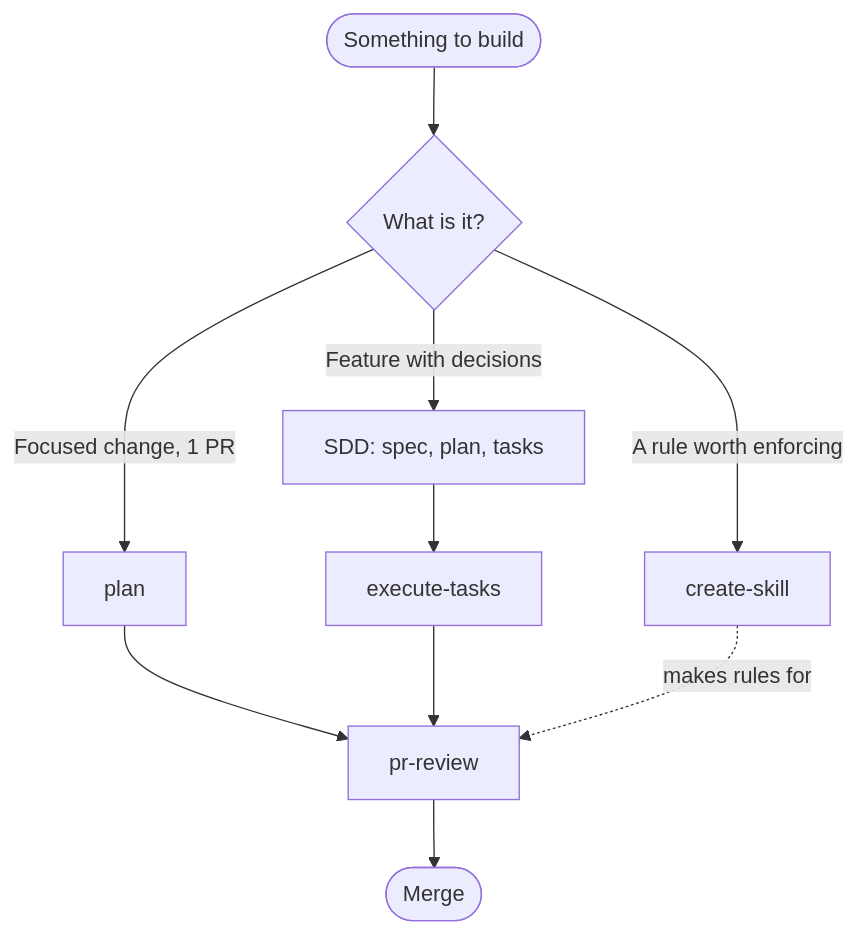
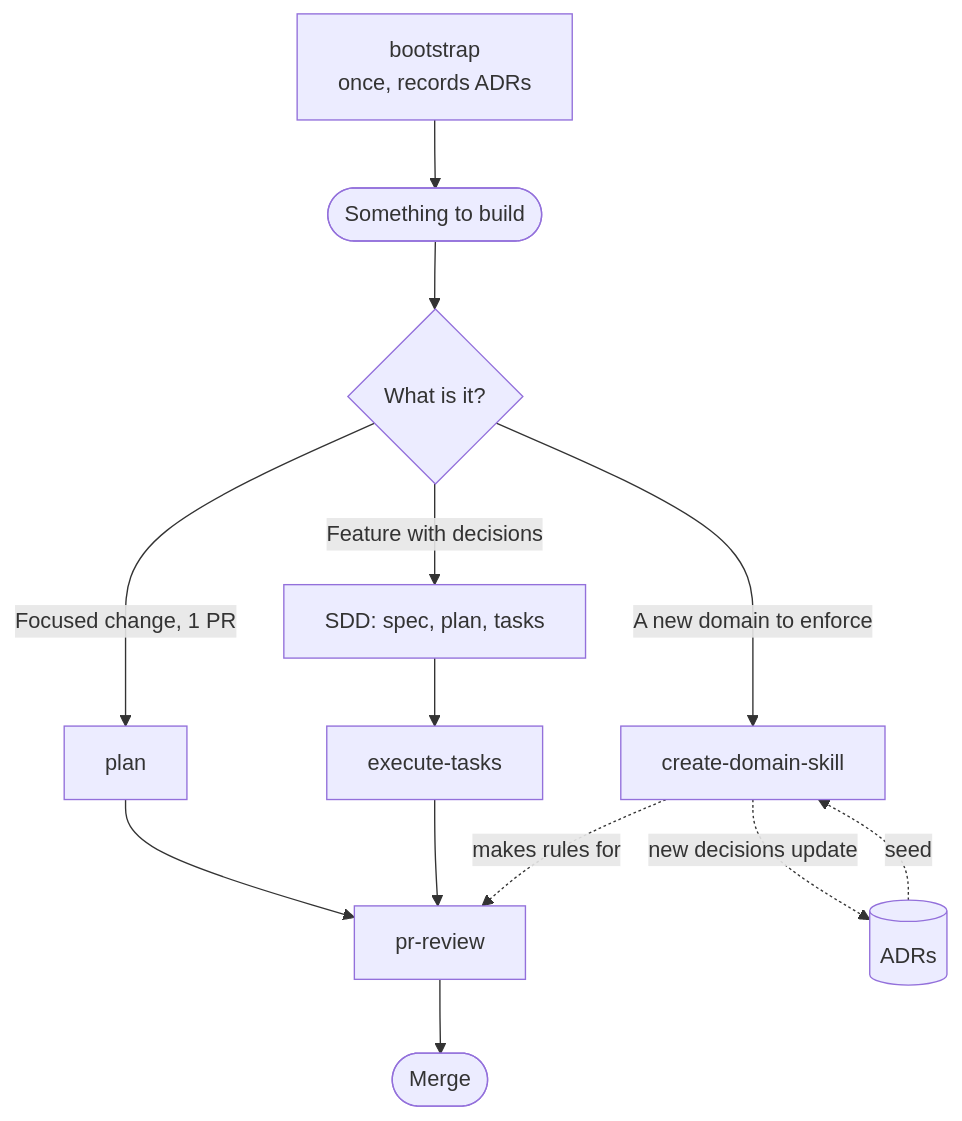
One commit to nuccig/forge changed the first of 4 diagrams in README.md. Above: the diagram before and after it, drawn with Mermaid. The commit also changed other lines of this file and 16 other files, not shown here.

First line of the commit message:
feat(skills): rename create-skill to fg-create-domain-skill, close decision feedback loop

````diff
--- a/README.md
+++ b/README.md
@@ -67,12 +68,15 @@
 ```mermaid
 flowchart TD
-    A([Something to build]) --> B{What is it?}
+    BS[bootstrap<br/>once, records ADRs] --> A([Something to build])
+    A --> B{What is it?}
     B -->|Focused change, 1 PR| P[plan]
     B -->|Feature with decisions| S[SDD: spec, plan, tasks]
-    B -->|A rule worth enforcing| C[create-skill]
+    B -->|A new domain to enforce| C[create-domain-skill]
     S --> E[execute-tasks]
     P --> R[pr-review]
     E --> R
     R --> M([Merge])
     C -.->|makes rules for| R
+    ADR[(ADRs)] -.seed.-> C
+    C -.new decisions update.-> ADR
 ```
````
